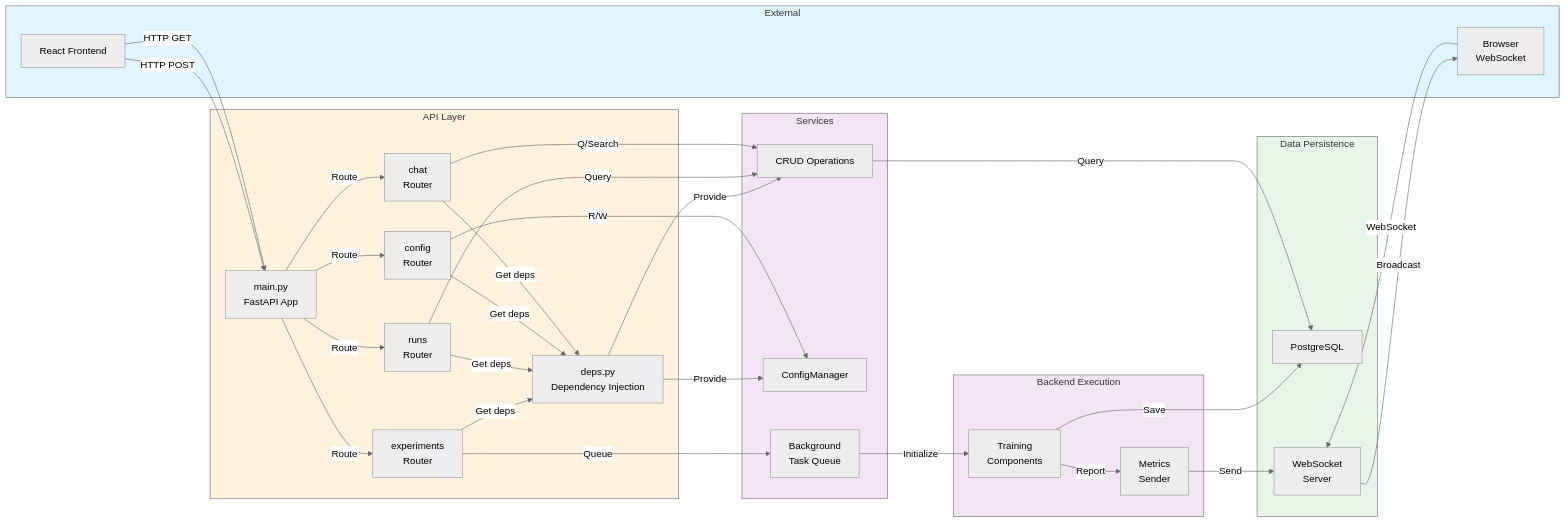
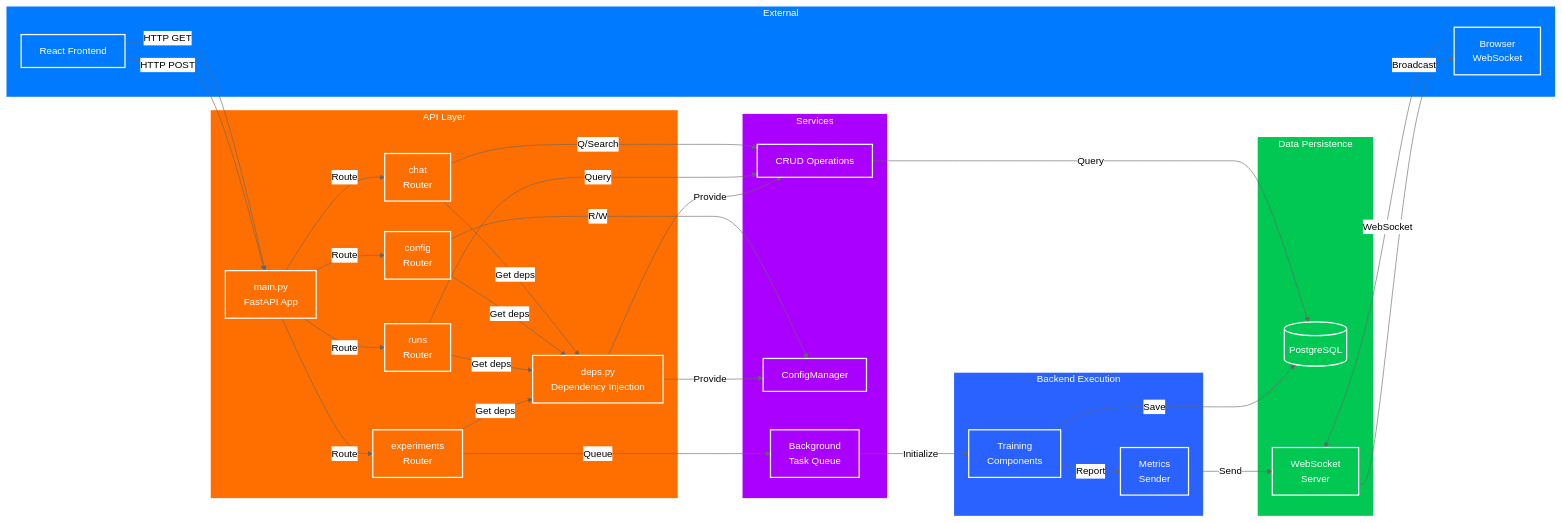
One commit to h19overflow/federated_learning changed the fifth of 6 diagrams in federated_pneumonia_detection/src/api/README.md. Above: the diagram before and after it, drawn with Mermaid (neutral theme). The commit also changed other lines of this file and 10 other files, not shown here.

````diff
--- a/federated_pneumonia_detection/src/api/README.md
+++ b/federated_pneumonia_detection/src/api/README.md
@@ -324,68 +282,75 @@
 ```mermaid
 graph LR
     subgraph External["External"]
         React["React Frontend"]
         Browser["Browser<br/>WebSocket"]
     end
 
     subgraph API_Layer["API Layer"]
         MainApp["main.py<br/>FastAPI App"]
         Router1["experiments<br/>Router"]
         Router2["runs<br/>Router"]
         Router3["config<br/>Router"]
         Router4["chat<br/>Router"]
         DI_Layer["deps.py<br/>Dependency Injection"]
     end
 
     subgraph Services["Services"]
         TaskQ["Background<br/>Task Queue"]
         Config["ConfigManager"]
         CRUD["CRUD Operations"]
     end
 
     subgraph Backend["Backend Execution"]
         Trainer["Training<br/>Components"]
         Metrics["Metrics<br/>Sender"]
     end
 
     subgraph DataLayer["Data Persistence"]
-        Database["PostgreSQL"]
+        Database[(PostgreSQL)]
         WebSocketSrv["WebSocket<br/>Server"]
     end
 
     React -->|HTTP POST| MainApp
     React -->|HTTP GET| MainApp
     Browser -->|WebSocket| WebSocketSrv
 
     MainApp -->|Route| Router1
     MainApp -->|Route| Router2
     MainApp -->|Route| Router3
     MainApp -->|Route| Router4
 
     Router1 -->|Get deps| DI_Layer
     Router2 -->|Get deps| DI_Layer
     Router3 -->|Get deps| DI_Layer
     Router4 -->|Get deps| DI_Layer
 
     DI_Layer -->|Provide| Config
     DI_Layer -->|Provide| CRUD
 
     Router1 -->|Queue| TaskQ
     Router2 -->|Query| CRUD
     Router3 -->|R/W| Config
     Router4 -->|Q/Search| CRUD
 
     TaskQ -->|Initialize| Trainer
     Trainer -->|Report| Metrics
     Metrics -->|Send| WebSocketSrv
     WebSocketSrv -->|Broadcast| Browser
 
     Trainer -->|Save| Database
     CRUD -->|Query| Database
 
-    style External fill:#e1f5ff
-    style API_Layer fill:#fff3e0
-    style Services fill:#f3e5f5
-    style Backend fill:#f3e5f5
-    style DataLayer fill:#e8f5e9
+    %% Styling
+    classDef ext fill:#007BFF,stroke:#fff,stroke-width:2px,color:#fff;
+    classDef api fill:#FF6F00,stroke:#fff,stroke-width:2px,color:#fff;
+    classDef srv fill:#AA00FF,stroke:#fff,stroke-width:2px,color:#fff;
+    classDef exe fill:#2962FF,stroke:#fff,stroke-width:2px,color:#fff;
+    classDef dat fill:#00C853,stroke:#fff,stroke-width:2px,color:#fff;
+
+    class External,React,Browser ext;
+    class API_Layer,MainApp,Router1,Router2,Router3,Router4,DI_Layer api;
+    class Services,TaskQ,Config,CRUD srv;
+    class Backend,Trainer,Metrics exe;
+    class DataLayer,Database,WebSocketSrv dat;
 ```
````
